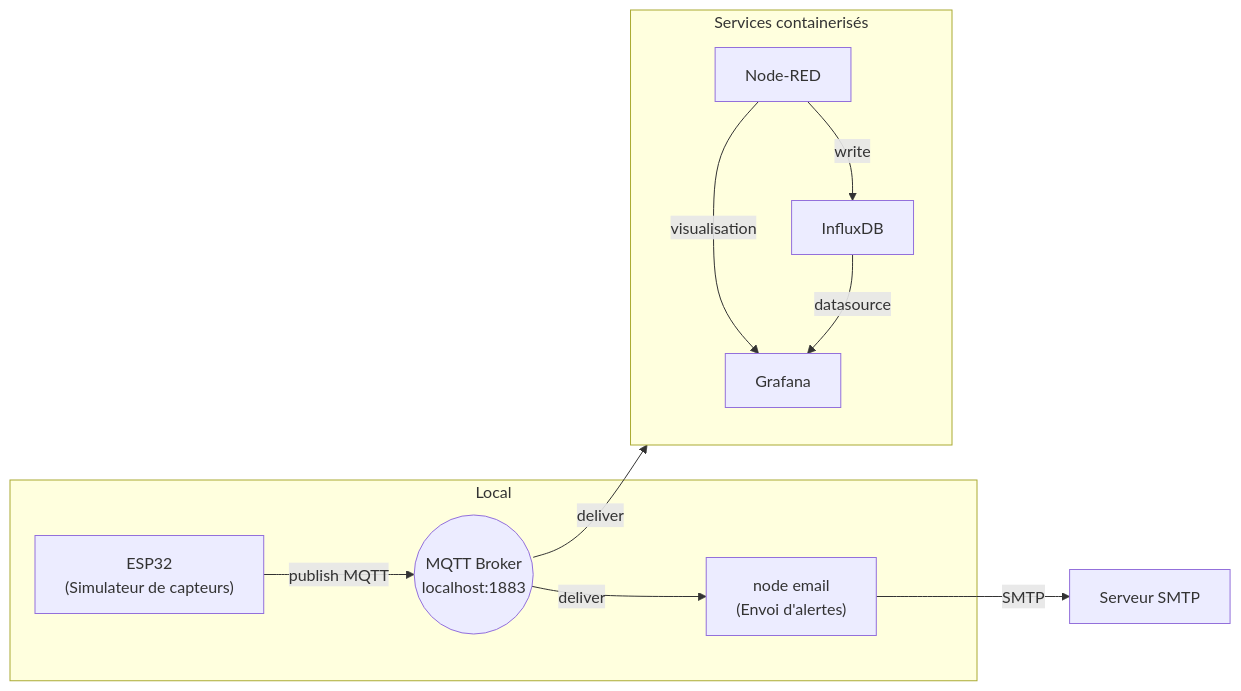
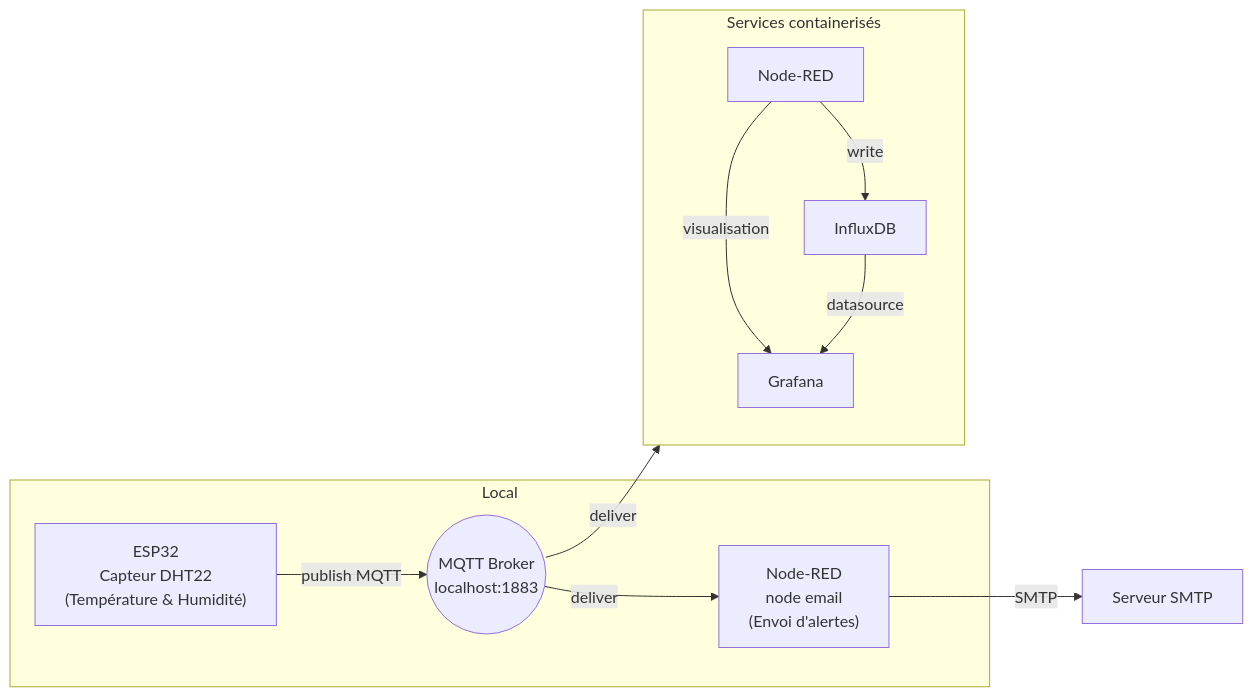
Before and after one commit to sifeddine-hebbaj/Systeme-d-alerte-pour-catastrophes-naturelles-IoT-virtuel-: the first of 2 diagrams in README.md, drawn with Mermaid.

Commit message:
Revise architecture diagram for sensor and alert updates
Updated architecture diagram in README to reflect changes in sensor and alert systems.

````diff
--- a/README.md
+++ b/README.md
@@ -88,27 +88,27 @@
 ```mermaid
 flowchart LR
     subgraph Local
-        Capteur["ESP32<br/> (Simulateur de capteurs)"]
-        Alert["node email<br/> (Envoi d'alertes)"]
+        Capteur["ESP32<br/>Capteur DHT22<br/>(Température & Humidité)"]
+        Alert["Node-RED<br/>node email<br/>(Envoi d'alertes)"]
         Broker(("MQTT Broker<br/>localhost:1883"))
     end
 
     subgraph DockerCompose[Services containerisés]
         direction TB
         NodeRED[Node-RED]
         Influx[InfluxDB]
         Grafana[Grafana]
     end
 
     Capteur -->|publish MQTT| Broker
     Broker -->|deliver| Alert
     Broker -->|deliver| NodeRED
     NodeRED -->|write| Influx
     NodeRED -->|visualisation| Grafana
     Influx -->|datasource| Grafana
     Alert -->|SMTP| SMTP[Serveur SMTP]
 
     click NodeRED "http://127.0.0.1:1880/" "Node-RED"
     click Grafana "http://localhost:3000/" "Grafana"
     click Influx "http://localhost:8086/" "InfluxDB"
 ```
````
